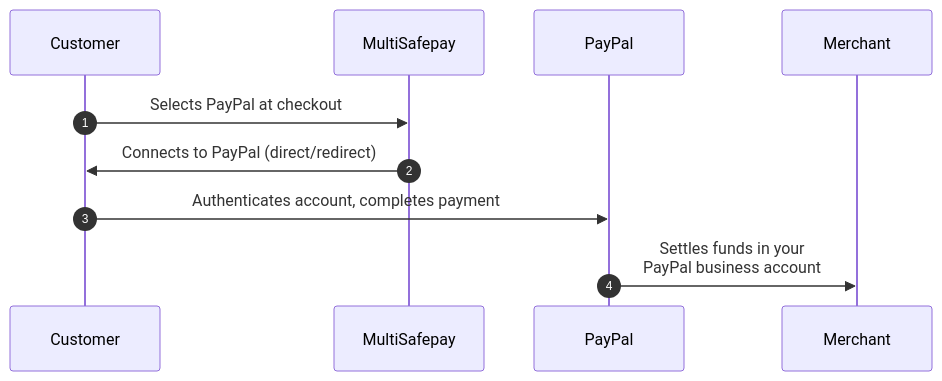
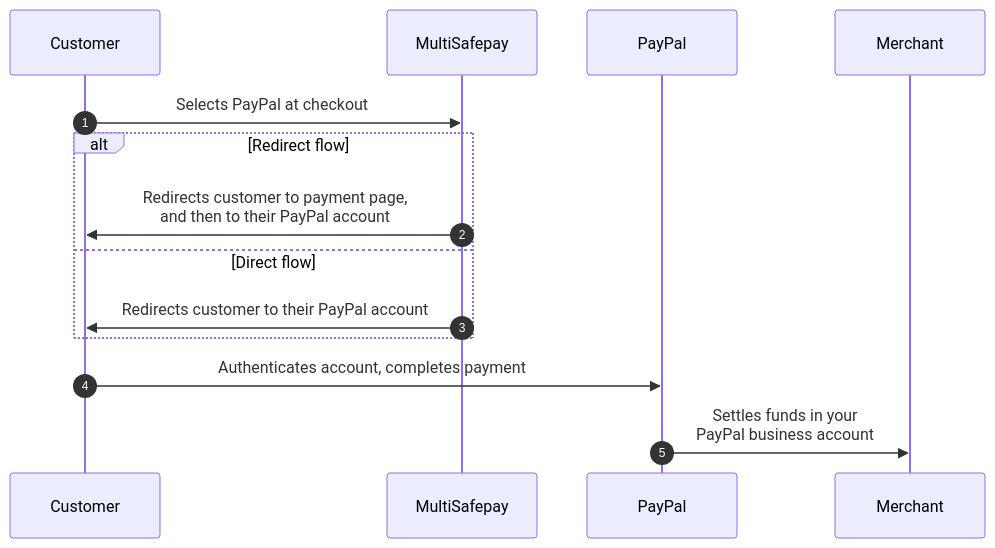
Before and after one commit to MultiSafepay/docs: the diagram in content/payments/methods/wallet/paypal/payment-flow.md, drawn with Mermaid. The commit also changed other lines of this file and 34 other files, not shown here.

```diff
--- a/content/payments/methods/wallet/paypal/payment-flow.md
+++ b/content/payments/methods/wallet/paypal/payment-flow.md
@@ -16,15 +16,19 @@
 {{< mermaid class="text-center" >}}
 
 sequenceDiagram
     autonumber
     participant C as Customer
     participant Mu as MultiSafepay
     participant P as PayPal
     participant Me as Merchant
 
     C->>Mu: Selects PayPal at checkout
-    Mu->>C: Connects to PayPal (direct/redirect)
+    alt Redirect flow
+    Mu->>C: Redirects customer to payment page, <br> and then to their PayPal account
+    else Direct flow
+    Mu->>C: Redirects customer to their PayPal account
+    end
     C->>P: Authenticates account, completes payment 
     P->>Me: Settles funds in your <br> PayPal business account
 
 {{< /mermaid >}}
```
